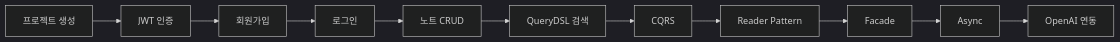
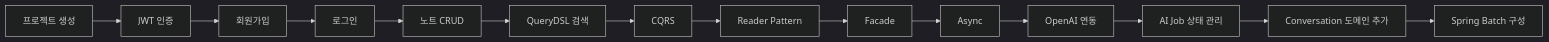
The first of 4 diagrams in docs/FELDBUCH_DEVELOPMENT_DOCUMENTATION.md (keunoh/feldbuch), drawn with Mermaid (dark theme) before and after one commit. The commit also changed other lines of this file and 4 other files, not shown here.

````diff
--- a/docs/FELDBUCH_DEVELOPMENT_DOCUMENTATION.md
+++ b/docs/FELDBUCH_DEVELOPMENT_DOCUMENTATION.md
@@ -92,14 +99,17 @@
 ```mermaid
 flowchart LR
     A[프로젝트 생성]
     --> B[JWT 인증]
     --> C[회원가입]
     --> D[로그인]
     --> E[노트 CRUD]
     --> F[QueryDSL 검색]
     --> G[CQRS]
     --> H[Reader Pattern]
     --> I[Facade]
     --> J[Async]
     --> K[OpenAI 연동]
+    --> L[AI Job 상태 관리]
+    --> M[Conversation 도메인 추가]
+    --> N[Spring Batch 구성]
 ```
````
